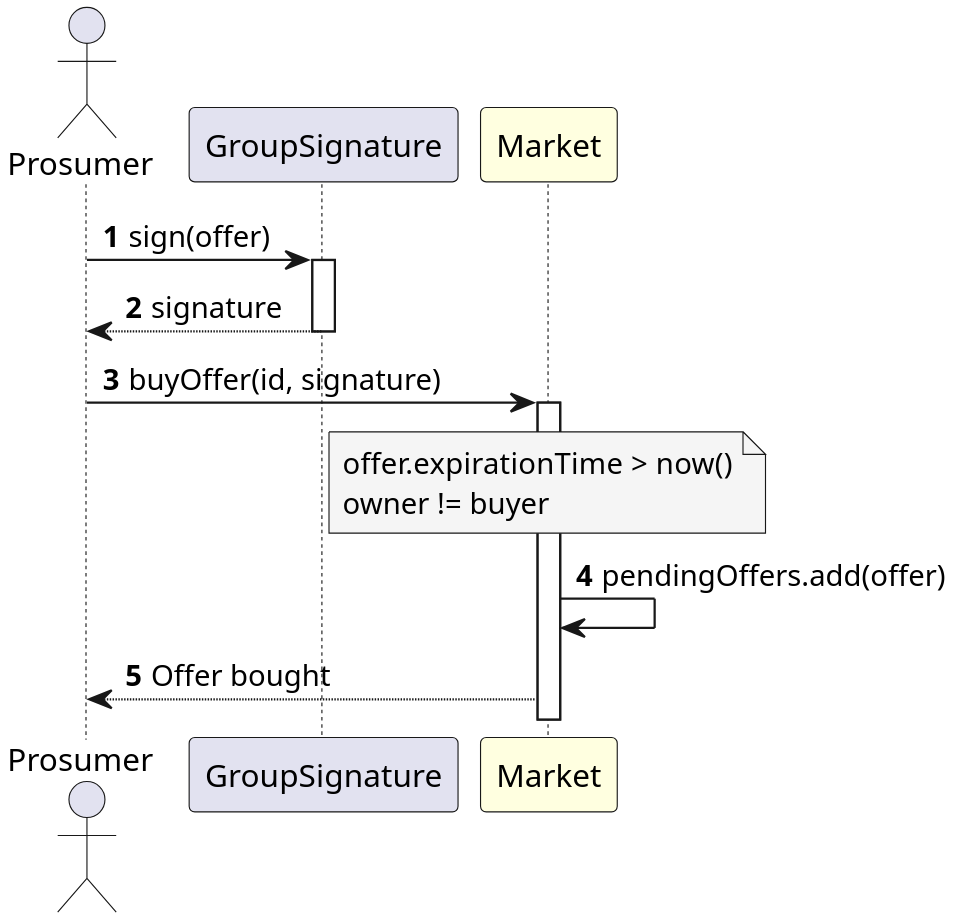
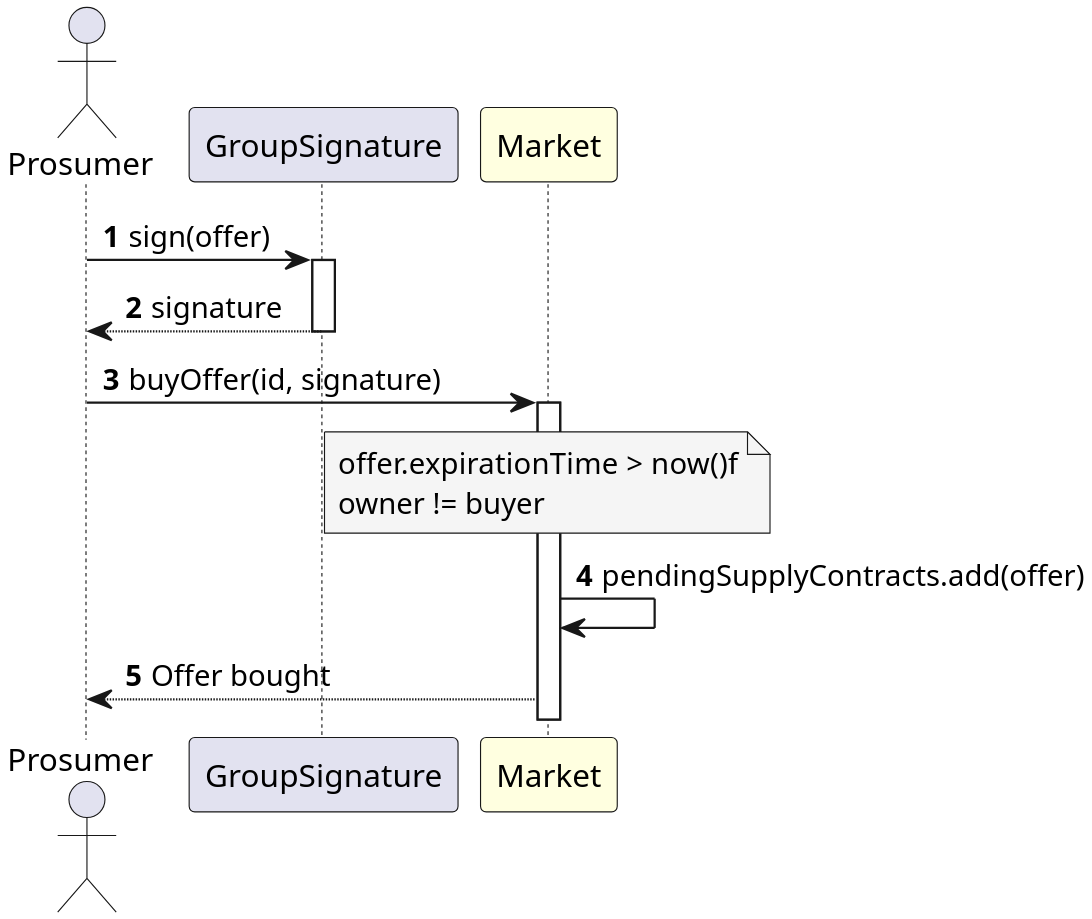
Before and after one commit to antonoeschmidt/SmartGridEmpowered: the diagram in docs/SequenceDiagrams/buyOffer.puml, drawn with PlantUML.

Commit message:
updated a diagram

```diff
--- a/docs/SequenceDiagrams/buyOffer.puml
+++ b/docs/SequenceDiagrams/buyOffer.puml
@@ -1,21 +1,21 @@
 @startuml BuyOffer
 actor Prosumer
 participant GroupSignature
 participant Market #LightYellow
 
 skinparam dpi 300
 
 autonumber
 
 Prosumer -> GroupSignature ++: sign(offer)
 GroupSignature --> Prosumer --: signature
 
 Prosumer -> Market ++: buyOffer(id, signature)
 note over Market #WhiteSmoke
-offer.expirationTime > now()
+offer.expirationTime > now()f
 owner != buyer
 end note
-Market -> Market: pendingOffers.add(offer)
+Market -> Market: pendingSupplyContracts.add(offer)
 Market --> Prosumer: Offer bought
 
 @enduml
```
